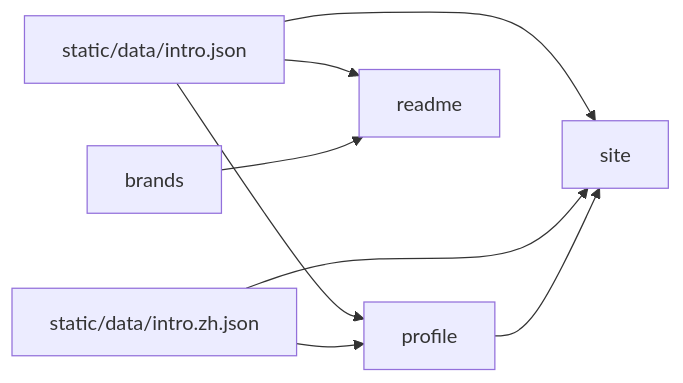
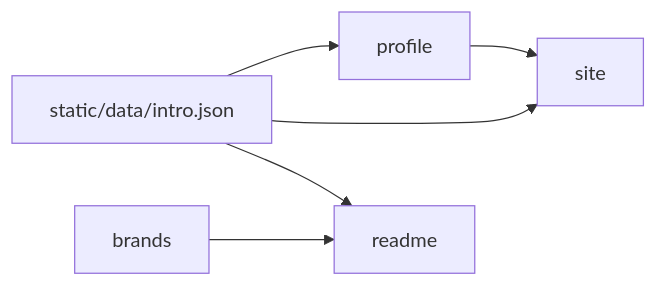
Before and after one commit to heyq02/heyq02: the diagram in architecture.md, drawn with Mermaid. The commit also changed other lines of this file and 22 other files, not shown here.

First line of the commit message:
feat: drop the Chinese site and name the intro Yongqi He

````diff
--- a/architecture.md
+++ b/architecture.md
@@ -17,16 +17,13 @@
 ```mermaid
 flowchart LR
   json["static/data/intro.json"]
-  zh["static/data/intro.zh.json"]
   profile["profile"]
   brands["brands"]
   site["site"]
   readme["readme"]
   json --> profile
-  zh --> profile
   json --> site
-  zh --> site
   json --> readme
   profile --> site
   brands --> readme
 ```
````
